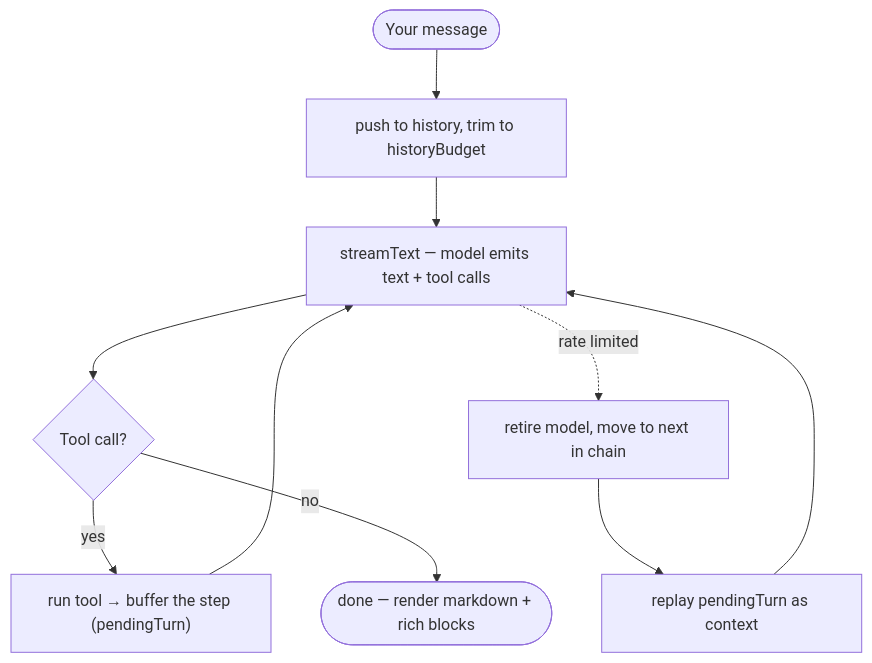
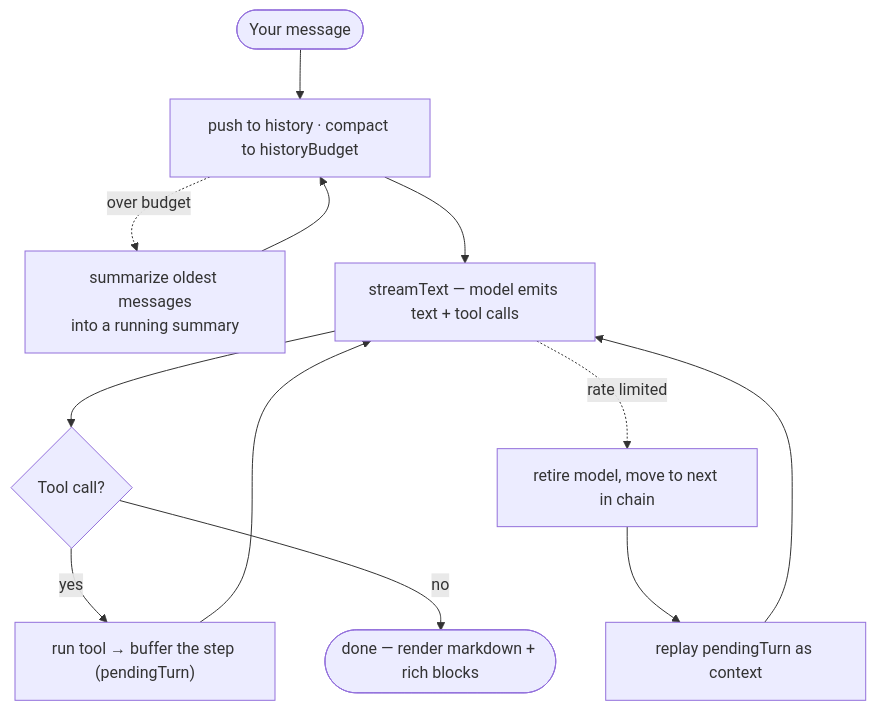
Before and after one commit to Adhishtanaka/adhd: the third of 5 diagrams in README.md, drawn with Mermaid. The commit also changed other lines of this file, not shown here.

Commit message:
feat: update README to reflect history compaction and merge node functionality

````diff
--- a/README.md
+++ b/README.md
@@ -110,12 +110,14 @@
 ```mermaid
 flowchart TD
-  msg(["Your message"]) --> push["push to history, trim to historyBudget"]
+  msg(["Your message"]) --> push["push to history · compact to historyBudget"]
+  push -. "over budget" .-> sum["summarize oldest messages<br/>into a running summary"]
+  sum --> push
   push --> stream["streamText — model emits text + tool calls"]
   stream --> q{"Tool call?"}
-  q -- yes --> run["run tool → buffer the step (pendingTurn)"]
+  q -- "yes" --> run["run tool → buffer the step (pendingTurn)"]
   run --> stream
-  q -- no --> done(["done — render markdown + rich blocks"])
+  q -- "no" --> done(["done — render markdown + rich blocks"])
   stream -. "rate limited" .-> next["retire model, move to next in chain"]
   next --> replay["replay pendingTurn as context"]
   replay --> stream
 ```
````
